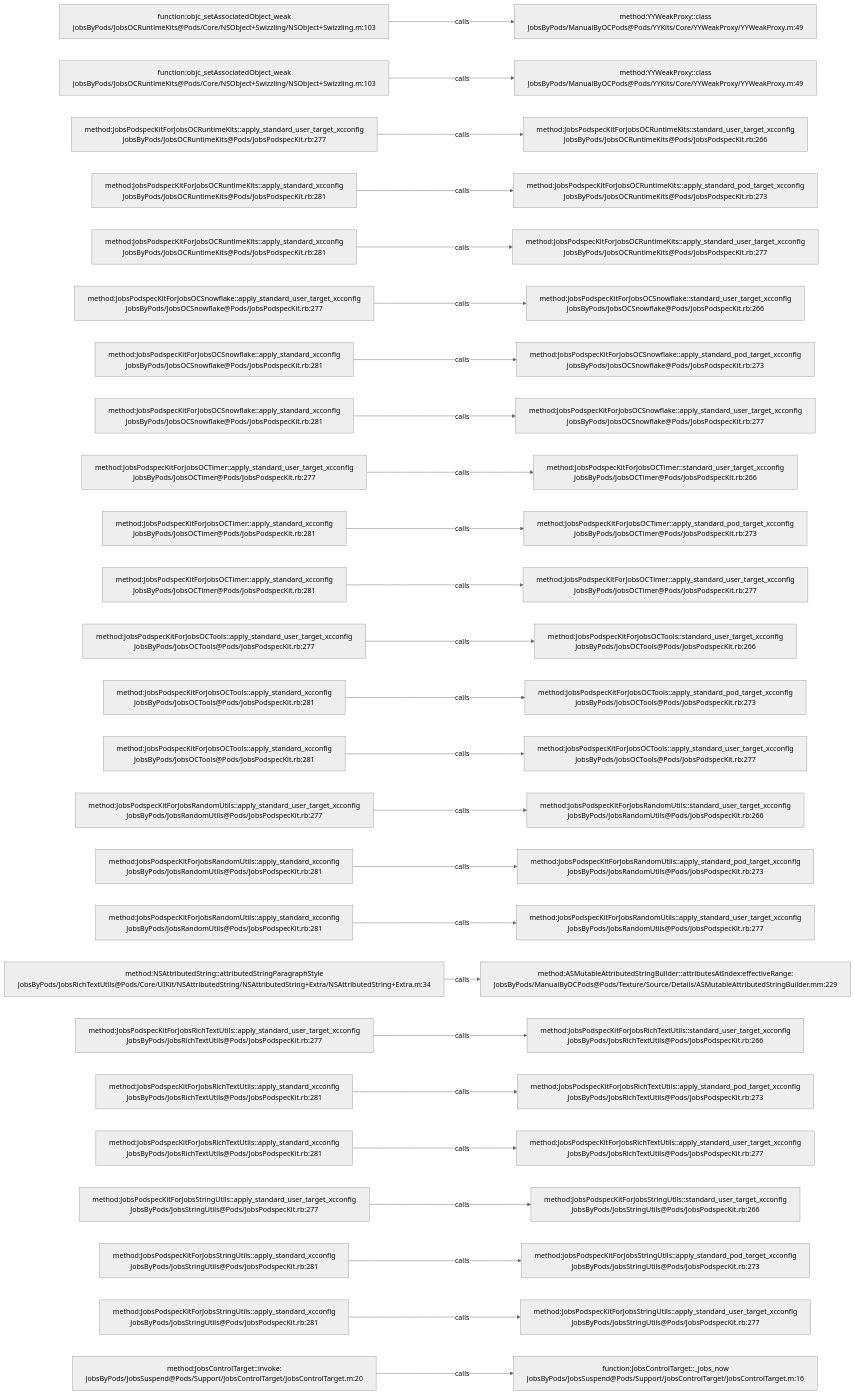
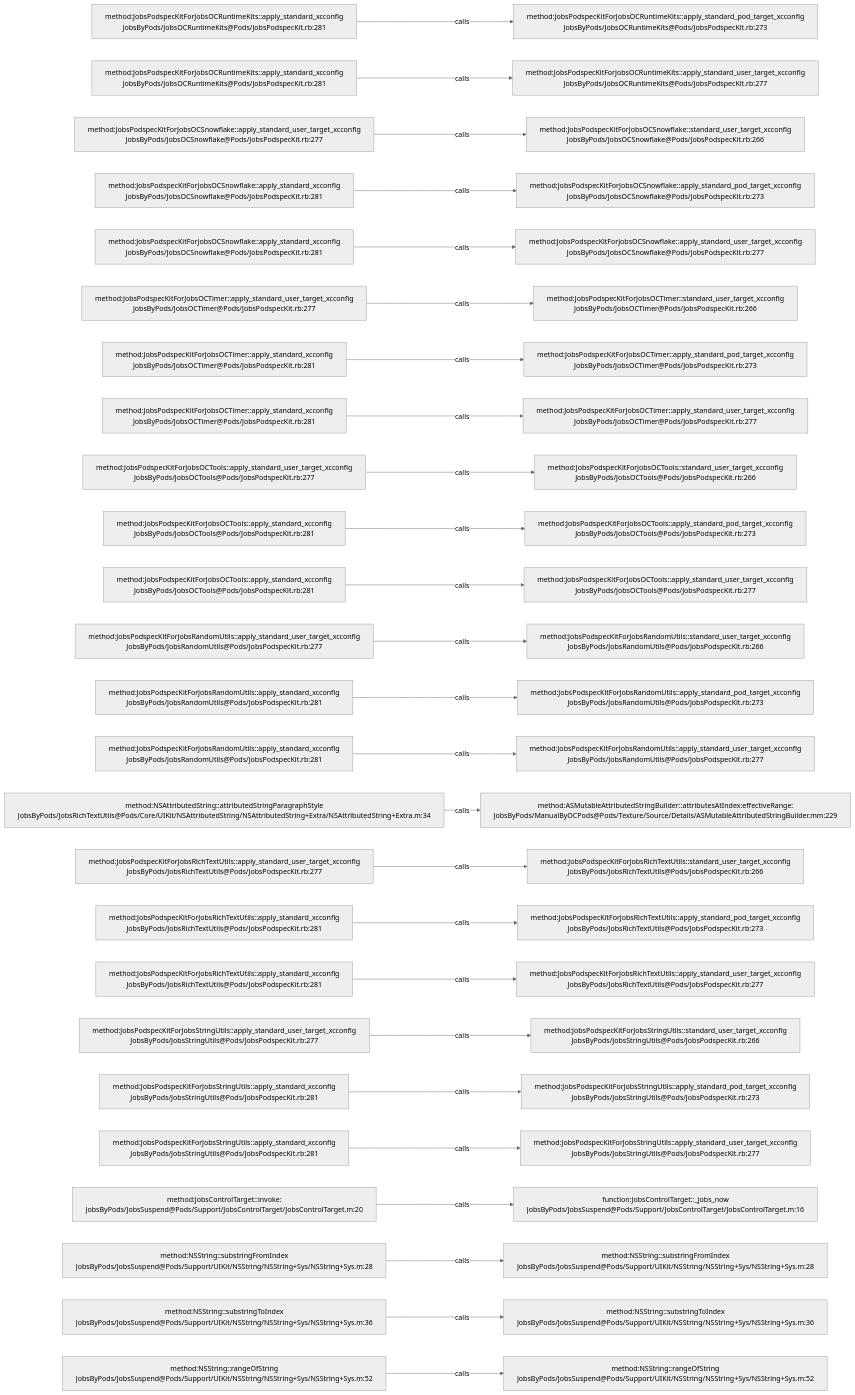
Before and after one commit to JobsKits/JobsOCBaseConfigDemo: the diagram in .codegraph/codegraph.md/graphs/calls-012.md, drawn with Mermaid (neutral theme). The commit also changed 727 other files, not shown here.

````diff
--- a/.codegraph/codegraph.md/graphs/calls-012.md
+++ b/.codegraph/codegraph.md/graphs/calls-012.md
@@ -13,78 +13,78 @@
 ```mermaid
 flowchart LR
-  S1["function:objc_setAssociatedObject_weak<br/>JobsByPods/JobsOCRuntimeKits@Pods/Core/NSObject+Swizzling/NSObject+Swizzling.m:103"]
-  T1["method:YYWeakProxy::class<br/>JobsByPods/ManualByOCPods@Pods/YYKits/Core/YYWeakProxy/YYWeakProxy.m:49"]
+  S1["method:JobsPodspecKitForJobsOCRuntimeKits::apply_standard_xcconfig<br/>JobsByPods/JobsOCRuntimeKits@Pods/JobsPodspecKit.rb:281"]
+  T1["method:JobsPodspecKitForJobsOCRuntimeKits::apply_standard_pod_target_xcconfig<br/>JobsByPods/JobsOCRuntimeKits@Pods/JobsPodspecKit.rb:273"]
   S1 -->|calls| T1
-  S2["function:objc_setAssociatedObject_weak<br/>JobsByPods/JobsOCRuntimeKits@Pods/Core/NSObject+Swizzling/NSObject+Swizzling.m:103"]
-  T2["method:YYWeakProxy::class<br/>JobsByPods/ManualByOCPods@Pods/YYKits/Core/YYWeakProxy/YYWeakProxy.m:49"]
+  S2["method:JobsPodspecKitForJobsOCRuntimeKits::apply_standard_xcconfig<br/>JobsByPods/JobsOCRuntimeKits@Pods/JobsPodspecKit.rb:281"]
+  T2["method:JobsPodspecKitForJobsOCRuntimeKits::apply_standard_user_target_xcconfig<br/>JobsByPods/JobsOCRuntimeKits@Pods/JobsPodspecKit.rb:277"]
   S2 -->|calls| T2
-  S3["method:JobsPodspecKitForJobsOCRuntimeKits::apply_standard_user_target_xcconfig<br/>JobsByPods/JobsOCRuntimeKits@Pods/JobsPodspecKit.rb:277"]
-  T3["method:JobsPodspecKitForJobsOCRuntimeKits::standard_user_target_xcconfig<br/>JobsByPods/JobsOCRuntimeKits@Pods/JobsPodspecKit.rb:266"]
+  S3["method:JobsPodspecKitForJobsOCSnowflake::apply_standard_user_target_xcconfig<br/>JobsByPods/JobsOCSnowflake@Pods/JobsPodspecKit.rb:277"]
+  T3["method:JobsPodspecKitForJobsOCSnowflake::standard_user_target_xcconfig<br/>JobsByPods/JobsOCSnowflake@Pods/JobsPodspecKit.rb:266"]
   S3 -->|calls| T3
-  S4["method:JobsPodspecKitForJobsOCRuntimeKits::apply_standard_xcconfig<br/>JobsByPods/JobsOCRuntimeKits@Pods/JobsPodspecKit.rb:281"]
-  T4["method:JobsPodspecKitForJobsOCRuntimeKits::apply_standard_pod_target_xcconfig<br/>JobsByPods/JobsOCRuntimeKits@Pods/JobsPodspecKit.rb:273"]
+  S4["method:JobsPodspecKitForJobsOCSnowflake::apply_standard_xcconfig<br/>JobsByPods/JobsOCSnowflake@Pods/JobsPodspecKit.rb:281"]
+  T4["method:JobsPodspecKitForJobsOCSnowflake::apply_standard_pod_target_xcconfig<br/>JobsByPods/JobsOCSnowflake@Pods/JobsPodspecKit.rb:273"]
   S4 -->|calls| T4
-  S5["method:JobsPodspecKitForJobsOCRuntimeKits::apply_standard_xcconfig<br/>JobsByPods/JobsOCRuntimeKits@Pods/JobsPodspecKit.rb:281"]
-  T5["method:JobsPodspecKitForJobsOCRuntimeKits::apply_standard_user_target_xcconfig<br/>JobsByPods/JobsOCRuntimeKits@Pods/JobsPodspecKit.rb:277"]
+  S5["method:JobsPodspecKitForJobsOCSnowflake::apply_standard_xcconfig<br/>JobsByPods/JobsOCSnowflake@Pods/JobsPodspecKit.rb:281"]
+  T5["method:JobsPodspecKitForJobsOCSnowflake::apply_standard_user_target_xcconfig<br/>JobsByPods/JobsOCSnowflake@Pods/JobsPodspecKit.rb:277"]
   S5 -->|calls| T5
-  S6["method:JobsPodspecKitForJobsOCSnowflake::apply_standard_user_target_xcconfig<br/>JobsByPods/JobsOCSnowflake@Pods/JobsPodspecKit.rb:277"]
-  T6["method:JobsPodspecKitForJobsOCSnowflake::standard_user_target_xcconfig<br/>JobsByPods/JobsOCSnowflake@Pods/JobsPodspecKit.rb:266"]
+  S6["method:JobsPodspecKitForJobsOCTimer::apply_standard_user_target_xcconfig<br/>JobsByPods/JobsOCTimer@Pods/JobsPodspecKit.rb:277"]
+  T6["method:JobsPodspecKitForJobsOCTimer::standard_user_target_xcconfig<br/>JobsByPods/JobsOCTimer@Pods/JobsPodspecKit.rb:266"]
   S6 -->|calls| T6
-  S7["method:JobsPodspecKitForJobsOCSnowflake::apply_standard_xcconfig<br/>JobsByPods/JobsOCSnowflake@Pods/JobsPodspecKit.rb:281"]
-  T7["method:JobsPodspecKitForJobsOCSnowflake::apply_standard_pod_target_xcconfig<br/>JobsByPods/JobsOCSnowflake@Pods/JobsPodspecKit.rb:273"]
+  S7["method:JobsPodspecKitForJobsOCTimer::apply_standard_xcconfig<br/>JobsByPods/JobsOCTimer@Pods/JobsPodspecKit.rb:281"]
+  T7["method:JobsPodspecKitForJobsOCTimer::apply_standard_pod_target_xcconfig<br/>JobsByPods/JobsOCTimer@Pods/JobsPodspecKit.rb:273"]
   S7 -->|calls| T7
-  S8["method:JobsPodspecKitForJobsOCSnowflake::apply_standard_xcconfig<br/>JobsByPods/JobsOCSnowflake@Pods/JobsPodspecKit.rb:281"]
-  T8["method:JobsPodspecKitForJobsOCSnowflake::apply_standard_user_target_xcconfig<br/>JobsByPods/JobsOCSnowflake@Pods/JobsPodspecKit.rb:277"]
+  S8["method:JobsPodspecKitForJobsOCTimer::apply_standard_xcconfig<br/>JobsByPods/JobsOCTimer@Pods/JobsPodspecKit.rb:281"]
+  T8["method:JobsPodspecKitForJobsOCTimer::apply_standard_user_target_xcconfig<br/>JobsByPods/JobsOCTimer@Pods/JobsPodspecKit.rb:277"]
   S8 -->|calls| T8
-  S9["method:JobsPodspecKitForJobsOCTimer::apply_standard_user_target_xcconfig<br/>JobsByPods/JobsOCTimer@Pods/JobsPodspecKit.rb:277"]
-  T9["method:JobsPodspecKitForJobsOCTimer::standard_user_target_xcconfig<br/>JobsByPods/JobsOCTimer@Pods/JobsPodspecKit.rb:266"]
+  S9["method:JobsPodspecKitForJobsOCTools::apply_standard_user_target_xcconfig<br/>JobsByPods/JobsOCTools@Pods/JobsPodspecKit.rb:277"]
+  T9["method:JobsPodspecKitForJobsOCTools::standard_user_target_xcconfig<br/>JobsByPods/JobsOCTools@Pods/JobsPodspecKit.rb:266"]
   S9 -->|calls| T9
-  S10["method:JobsPodspecKitForJobsOCTimer::apply_standard_xcconfig<br/>JobsByPods/JobsOCTimer@Pods/JobsPodspecKit.rb:281"]
-  T10["method:JobsPodspecKitForJobsOCTimer::apply_standard_pod_target_xcconfig<br/>JobsByPods/JobsOCTimer@Pods/JobsPodspecKit.rb:273"]
+  S10["method:JobsPodspecKitForJobsOCTools::apply_standard_xcconfig<br/>JobsByPods/JobsOCTools@Pods/JobsPodspecKit.rb:281"]
+  T10["method:JobsPodspecKitForJobsOCTools::apply_standard_pod_target_xcconfig<br/>JobsByPods/JobsOCTools@Pods/JobsPodspecKit.rb:273"]
   S10 -->|calls| T10
-  S11["method:JobsPodspecKitForJobsOCTimer::apply_standard_xcconfig<br/>JobsByPods/JobsOCTimer@Pods/JobsPodspecKit.rb:281"]
-  T11["method:JobsPodspecKitForJobsOCTimer::apply_standard_user_target_xcconfig<br/>JobsByPods/JobsOCTimer@Pods/JobsPodspecKit.rb:277"]
+  S11["method:JobsPodspecKitForJobsOCTools::apply_standard_xcconfig<br/>JobsByPods/JobsOCTools@Pods/JobsPodspecKit.rb:281"]
+  T11["method:JobsPodspecKitForJobsOCTools::apply_standard_user_target_xcconfig<br/>JobsByPods/JobsOCTools@Pods/JobsPodspecKit.rb:277"]
   S11 -->|calls| T11
-  S12["method:JobsPodspecKitForJobsOCTools::apply_standard_user_target_xcconfig<br/>JobsByPods/JobsOCTools@Pods/JobsPodspecKit.rb:277"]
-  T12["method:JobsPodspecKitForJobsOCTools::standard_user_target_xcconfig<br/>JobsByPods/JobsOCTools@Pods/JobsPodspecKit.rb:266"]
+  S12["method:JobsPodspecKitForJobsRandomUtils::apply_standard_user_target_xcconfig<br/>JobsByPods/JobsRandomUtils@Pods/JobsPodspecKit.rb:277"]
+  T12["method:JobsPodspecKitForJobsRandomUtils::standard_user_target_xcconfig<br/>JobsByPods/JobsRandomUtils@Pods/JobsPodspecKit.rb:266"]
   S12 -->|calls| T12
-  S13["method:JobsPodspecKitForJobsOCTools::apply_standard_xcconfig<br/>JobsByPods/JobsOCTools@Pods/JobsPodspecKit.rb:281"]
-  T13["method:JobsPodspecKitForJobsOCTools::apply_standard_pod_target_xcconfig<br/>JobsByPods/JobsOCTools@Pods/JobsPodspecKit.rb:273"]
+  S13["method:JobsPodspecKitForJobsRandomUtils::apply_standard_xcconfig<br/>JobsByPods/JobsRandomUtils@Pods/JobsPodspecKit.rb:281"]
+  T13["method:JobsPodspecKitForJobsRandomUtils::apply_standard_pod_target_xcconfig<br/>JobsByPods/JobsRandomUtils@Pods/JobsPodspecKit.rb:273"]
   S13 -->|calls| T13
-  S14["method:JobsPodspecKitForJobsOCTools::apply_standard_xcconfig<br/>JobsByPods/JobsOCTools@Pods/JobsPodspecKit.rb:281"]
-  T14["method:JobsPodspecKitForJobsOCTools::apply_standard_user_target_xcconfig<br/>JobsByPods/JobsOCTools@Pods/JobsPodspecKit.rb:277"]
+  S14["method:JobsPodspecKitForJobsRandomUtils::apply_standard_xcconfig<br/>JobsByPods/JobsRandomUtils@Pods/JobsPodspecKit.rb:281"]
+  T14["method:JobsPodspecKitForJobsRandomUtils::apply_standard_user_target_xcconfig<br/>JobsByPods/JobsRandomUtils@Pods/JobsPodspecKit.rb:277"]
   S14 -->|calls| T14
-  S15["method:JobsPodspecKitForJobsRandomUtils::apply_standard_user_target_xcconfig<br/>JobsByPods/JobsRandomUtils@Pods/JobsPodspecKit.rb:277"]
-  T15["method:JobsPodspecKitForJobsRandomUtils::standard_user_target_xcconfig<br/>JobsByPods/JobsRandomUtils@Pods/JobsPodspecKit.rb:266"]
+  S15["method:NSAttributedString::attributedStringParagraphStyle<br/>JobsByPods/JobsRichTextUtils@Pods/Core/UIKit/NSAttributedString/NSAttributedString+Extra/NSAttributedString+Extra.m:34"]
+  T15["method:ASMutableAttributedStringBuilder::attributesAtIndex:effectiveRange:<br/>JobsByPods/ManualByOCPods@Pods/Texture/Source/Details/ASMutableAttributedStringBuilder.mm:229"]
   S15 -->|calls| T15
-  S16["method:JobsPodspecKitForJobsRandomUtils::apply_standard_xcconfig<br/>JobsByPods/JobsRandomUtils@Pods/JobsPodspecKit.rb:281"]
-  T16["method:JobsPodspecKitForJobsRandomUtils::apply_standard_pod_target_xcconfig<br/>JobsByPods/JobsRandomUtils@Pods/JobsPodspecKit.rb:273"]
+  S16["method:JobsPodspecKitForJobsRichTextUtils::apply_standard_user_target_xcconfig<br/>JobsByPods/JobsRichTextUtils@Pods/JobsPodspecKit.rb:277"]
+  T16["method:JobsPodspecKitForJobsRichTextUtils::standard_user_target_xcconfig<br/>JobsByPods/JobsRichTextUtils@Pods/JobsPodspecKit.rb:266"]
   S16 -->|calls| T16
-  S17["method:JobsPodspecKitForJobsRandomUtils::apply_standard_xcconfig<br/>JobsByPods/JobsRandomUtils@Pods/JobsPodspecKit.rb:281"]
-  T17["method:JobsPodspecKitForJobsRandomUtils::apply_standard_user_target_xcconfig<br/>JobsByPods/JobsRandomUtils@Pods/JobsPodspecKit.rb:277"]
+  S17["method:JobsPodspecKitForJobsRichTextUtils::apply_standard_xcconfig<br/>JobsByPods/JobsRichTextUtils@Pods/JobsPodspecKit.rb:281"]
+  T17["method:JobsPodspecKitForJobsRichTextUtils::apply_standard_pod_target_xcconfig<br/>JobsByPods/JobsRichTextUtils@Pods/JobsPodspecKit.rb:273"]
   S17 -->|calls| T17
-  S18["method:NSAttributedString::attributedStringParagraphStyle<br/>JobsByPods/JobsRichTextUtils@Pods/Core/UIKit/NSAttributedString/NSAttributedString+Extra/NSAttributedString+Extra.m:34"]
-  T18["method:ASMutableAttributedStringBuilder::attributesAtIndex:effectiveRange:<br/>JobsByPods/ManualByOCPods@Pods/Texture/Source/Details/ASMutableAttributedStringBuilder.mm:229"]
+  S18["method:JobsPodspecKitForJobsRichTextUtils::apply_standard_xcconfig<br/>JobsByPods/JobsRichTextUtils@Pods/JobsPodspecKit.rb:281"]
+  T18["method:JobsPodspecKitForJobsRichTextUtils::apply_standard_user_target_xcconfig<br/>JobsByPods/JobsRichTextUtils@Pods/JobsPodspecKit.rb:277"]
   S18 -->|calls| T18
-  S19["method:JobsPodspecKitForJobsRichTextUtils::apply_standard_user_target_xcconfig<br/>JobsByPods/JobsRichTextUtils@Pods/JobsPodspecKit.rb:277"]
-  T19["method:JobsPodspecKitForJobsRichTextUtils::standard_user_target_xcconfig<br/>JobsByPods/JobsRichTextUtils@Pods/JobsPodspecKit.rb:266"]
+  S19["method:JobsPodspecKitForJobsStringUtils::apply_standard_user_target_xcconfig<br/>JobsByPods/JobsStringUtils@Pods/JobsPodspecKit.rb:277"]
+  T19["method:JobsPodspecKitForJobsStringUtils::standard_user_target_xcconfig<br/>JobsByPods/JobsStringUtils@Pods/JobsPodspecKit.rb:266"]
   S19 -->|calls| T19
-  S20["method:JobsPodspecKitForJobsRichTextUtils::apply_standard_xcconfig<br/>JobsByPods/JobsRichTextUtils@Pods/JobsPodspecKit.rb:281"]
-  T20["method:JobsPodspecKitForJobsRichTextUtils::apply_standard_pod_target_xcconfig<br/>JobsByPods/JobsRichTextUtils@Pods/JobsPodspecKit.rb:273"]
+  S20["method:JobsPodspecKitForJobsStringUtils::apply_standard_xcconfig<br/>JobsByPods/JobsStringUtils@Pods/JobsPodspecKit.rb:281"]
+  T20["method:JobsPodspecKitForJobsStringUtils::apply_standard_pod_target_xcconfig<br/>JobsByPods/JobsStringUtils@Pods/JobsPodspecKit.rb:273"]
   S20 -->|calls| T20
-  S21["method:JobsPodspecKitForJobsRichTextUtils::apply_standard_xcconfig<br/>JobsByPods/JobsRichTextUtils@Pods/JobsPodspecKit.rb:281"]
-  T21["method:JobsPodspecKitForJobsRichTextUtils::apply_standard_user_target_xcconfig<br/>JobsByPods/JobsRichTextUtils@Pods/JobsPodspecKit.rb:277"]
+  S21["method:JobsPodspecKitForJobsStringUtils::apply_standard_xcconfig<br/>JobsByPods/JobsStringUtils@Pods/JobsPodspecKit.rb:281"]
+  T21["method:JobsPodspecKitForJobsStringUtils::apply_standard_user_target_xcconfig<br/>JobsByPods/JobsStringUtils@Pods/JobsPodspecKit.rb:277"]
   S21 -->|calls| T21
-  S22["method:JobsPodspecKitForJobsStringUtils::apply_standard_user_target_xcconfig<br/>JobsByPods/JobsStringUtils@Pods/JobsPodspecKit.rb:277"]
-  T22["method:JobsPodspecKitForJobsStringUtils::standard_user_target_xcconfig<br/>JobsByPods/JobsStringUtils@Pods/JobsPodspecKit.rb:266"]
+  S22["method:JobsControlTarget::invoke:<br/>JobsByPods/JobsSuspend@Pods/Support/JobsControlTarget/JobsControlTarget.m:20"]
+  T22["function:JobsControlTarget::_jobs_now<br/>JobsByPods/JobsSuspend@Pods/Support/JobsControlTarget/JobsControlTarget.m:16"]
   S22 -->|calls| T22
-  S23["method:JobsPodspecKitForJobsStringUtils::apply_standard_xcconfig<br/>JobsByPods/JobsStringUtils@Pods/JobsPodspecKit.rb:281"]
-  T23["method:JobsPodspecKitForJobsStringUtils::apply_standard_pod_target_xcconfig<br/>JobsByPods/JobsStringUtils@Pods/JobsPodspecKit.rb:273"]
+  S23["method:NSString::substringFromIndex<br/>JobsByPods/JobsSuspend@Pods/Support/UIKit/NSString/NSString+Sys/NSString+Sys.m:28"]
+  T23["method:NSString::substringFromIndex<br/>JobsByPods/JobsSuspend@Pods/Support/UIKit/NSString/NSString+Sys/NSString+Sys.m:28"]
   S23 -->|calls| T23
-  S24["method:JobsPodspecKitForJobsStringUtils::apply_standard_xcconfig<br/>JobsByPods/JobsStringUtils@Pods/JobsPodspecKit.rb:281"]
-  T24["method:JobsPodspecKitForJobsStringUtils::apply_standard_user_target_xcconfig<br/>JobsByPods/JobsStringUtils@Pods/JobsPodspecKit.rb:277"]
+  S24["method:NSString::substringToIndex<br/>JobsByPods/JobsSuspend@Pods/Support/UIKit/NSString/NSString+Sys/NSString+Sys.m:36"]
+  T24["method:NSString::substringToIndex<br/>JobsByPods/JobsSuspend@Pods/Support/UIKit/NSString/NSString+Sys/NSString+Sys.m:36"]
   S24 -->|calls| T24
-  S25["method:JobsControlTarget::invoke:<br/>JobsByPods/JobsSuspend@Pods/Support/JobsControlTarget/JobsControlTarget.m:20"]
-  T25["function:JobsControlTarget::_jobs_now<br/>JobsByPods/JobsSuspend@Pods/Support/JobsControlTarget/JobsControlTarget.m:16"]
+  S25["method:NSString::rangeOfString<br/>JobsByPods/JobsSuspend@Pods/Support/UIKit/NSString/NSString+Sys/NSString+Sys.m:52"]
+  T25["method:NSString::rangeOfString<br/>JobsByPods/JobsSuspend@Pods/Support/UIKit/NSString/NSString+Sys/NSString+Sys.m:52"]
   S25 -->|calls| T25
 ```
````
